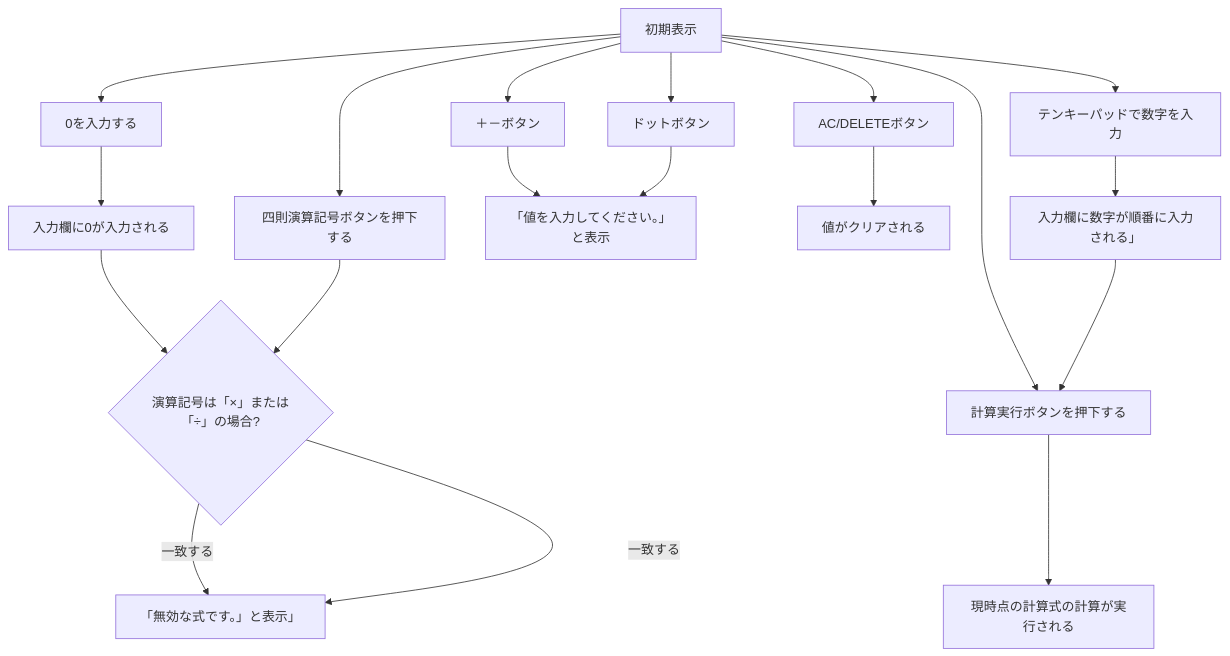
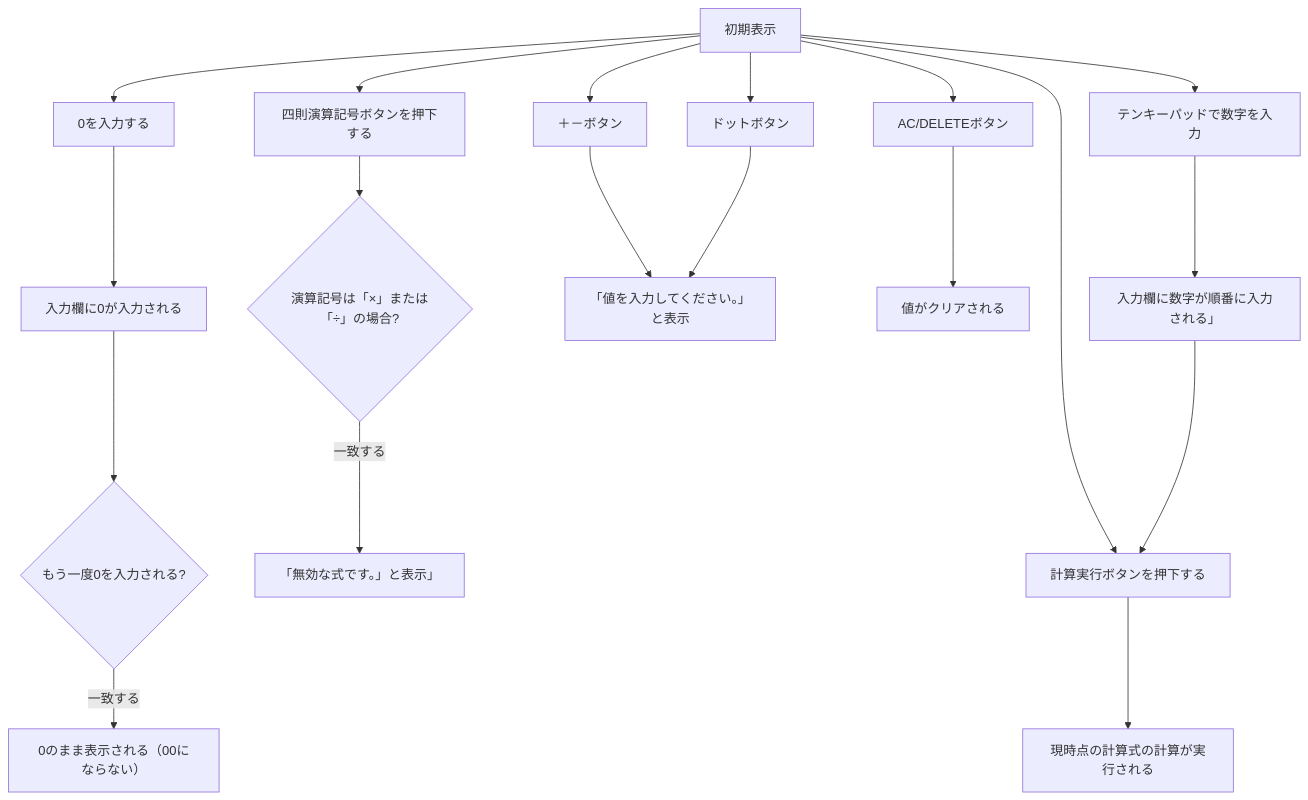
Before and after one commit to N3question/jsp-servlet-calculator: the diagram in 基本設計書.md, drawn with Mermaid.

````diff
--- a/基本設計書.md
+++ b/基本設計書.md
@@ -50,12 +50,12 @@
 ```mermaid
 flowchart TB
     A[初期表示] --> B[0を入力する] --> C[入力欄に0が入力される] -->
-    E{もう一度0を入力される?} -- 一致する --> F[0のまま表示される（00にならない）]
+    P{もう一度0を入力される?} -- 一致する --> Q[0のまま表示される（00にならない）]
     A[初期表示] --> D[四則演算記号ボタンを押下する] -->
     E{演算記号は「×」または「÷」の場合?} -- 一致する --> F[「無効な式です。」と表示」]
     A[初期表示] --> G[計算実行ボタンを押下する] --> H[現時点の計算式の計算が実行される]
     A[初期表示] --> I[＋－ボタン] --> J[「値を入力してください。」と表示]
     A[初期表示] --> K[ドットボタン] --> J[「値を入力してください。」と表示]
     A[初期表示] --> L[AC/DELETEボタン] --> O[値がクリアされる]
     A[初期表示] --> N[テンキーパッドで数字を入力] --> M[入力欄に数字が順番に入力される」] --> G[計算実行ボタンを押下する]
 ```
````
